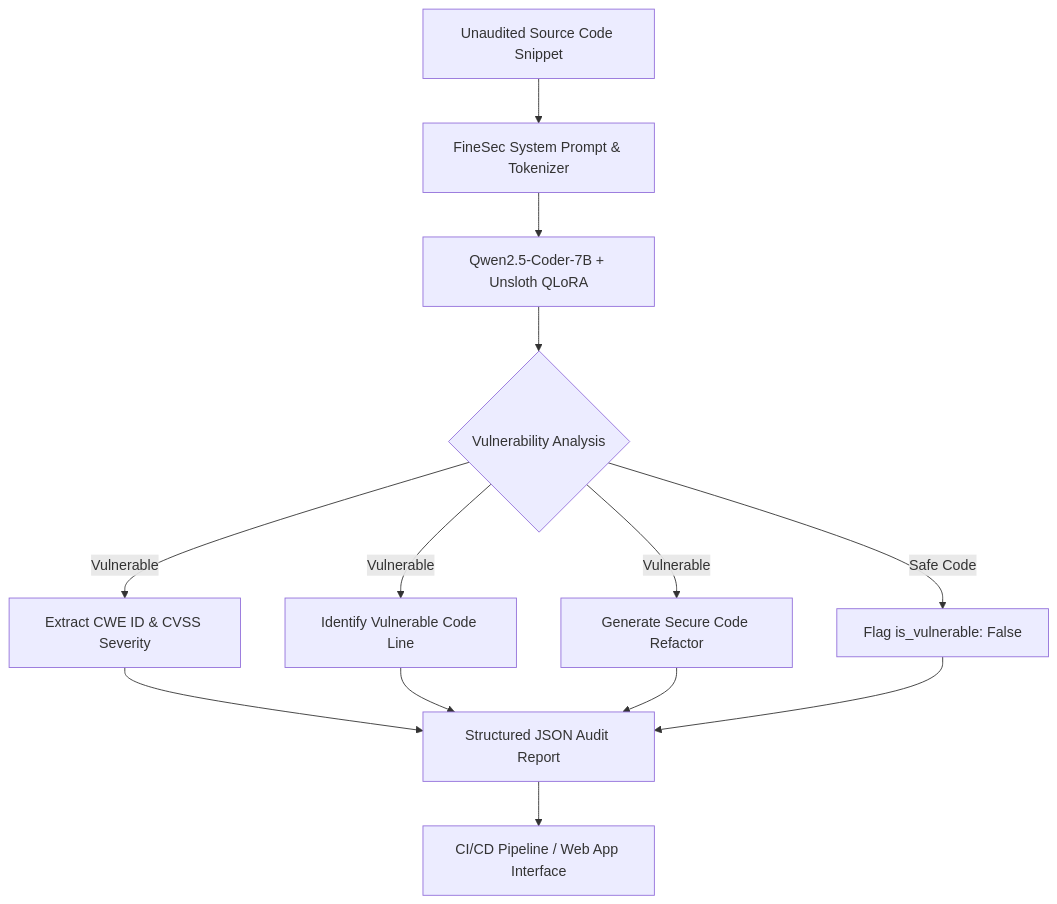
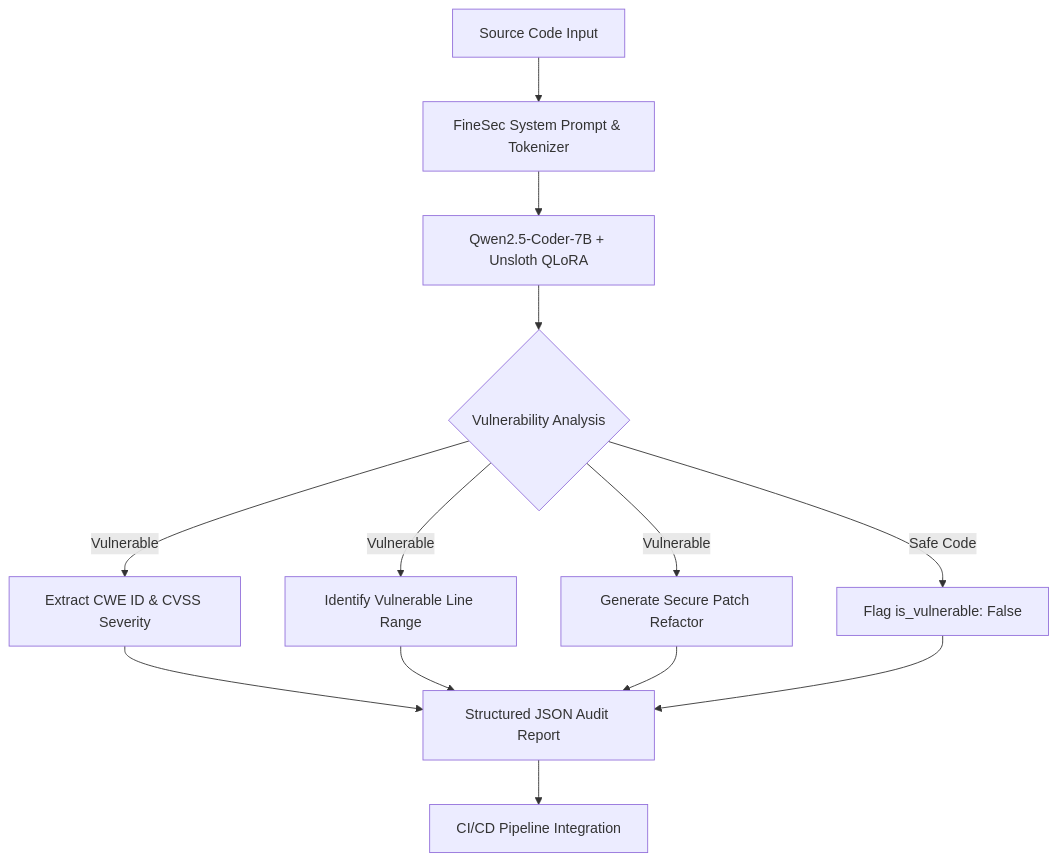
Before and after one commit to z0uz/FineSec_detect: the diagram in README.md, drawn with Mermaid. The commit also changed other lines of this file, not shown here.

````diff
--- a/README.md
+++ b/README.md
@@ -61,15 +57,15 @@
 ```mermaid
 flowchart TD
-    A[Unaudited Source Code Snippet] --> B[FineSec System Prompt & Tokenizer]
+    A[Source Code Input] --> B[FineSec System Prompt & Tokenizer]
     B --> C[Qwen2.5-Coder-7B + Unsloth QLoRA]
     C --> D{Vulnerability Analysis}
     D -->|Vulnerable| E[Extract CWE ID & CVSS Severity]
-    D -->|Vulnerable| F[Identify Vulnerable Code Line]
-    D -->|Vulnerable| G[Generate Secure Code Refactor]
+    D -->|Vulnerable| F[Identify Vulnerable Line Range]
+    D -->|Vulnerable| G[Generate Secure Patch Refactor]
     D -->|Safe Code| H[Flag is_vulnerable: False]
     E --> I[Structured JSON Audit Report]
     F --> I
     G --> I
     H --> I
-    I --> J[CI/CD Pipeline / Web App Interface]
+    I --> J[CI/CD Pipeline Integration]
 ```
````
